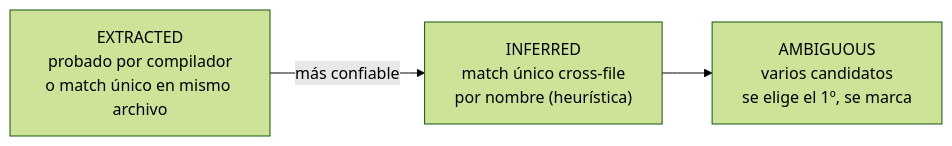
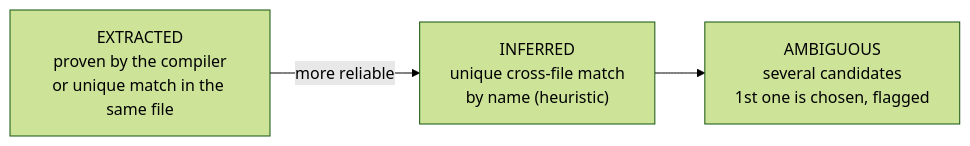
The fourth of 5 diagrams in docs/concepts/02-grafo.md (Kolimar/leina), drawn with Mermaid (forest theme) before and after one commit. The commit also changed other lines of this file and 27 other files, not shown here.

````diff
--- a/docs/concepts/02-grafo.md
+++ b/docs/concepts/02-grafo.md
@@ -142,7 +143,7 @@
 ```mermaid
 flowchart LR
-    ex["EXTRACTED<br/>probado por compilador<br/>o match único en mismo archivo"]
-    inf["INFERRED<br/>match único cross-file<br/>por nombre (heurística)"]
-    amb["AMBIGUOUS<br/>varios candidatos<br/>se elige el 1º, se marca"]
-    ex -->|más confiable| inf --> amb
+    ex["EXTRACTED<br/>proven by the compiler<br/>or unique match in the same file"]
+    inf["INFERRED<br/>unique cross-file match<br/>by name (heuristic)"]
+    amb["AMBIGUOUS<br/>several candidates<br/>1st one is chosen, flagged"]
+    ex -->|more reliable| inf --> amb
 ```
````
